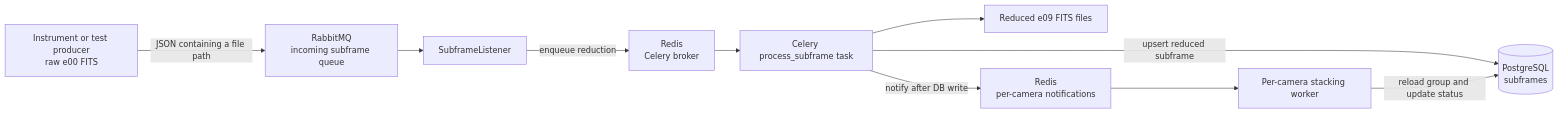
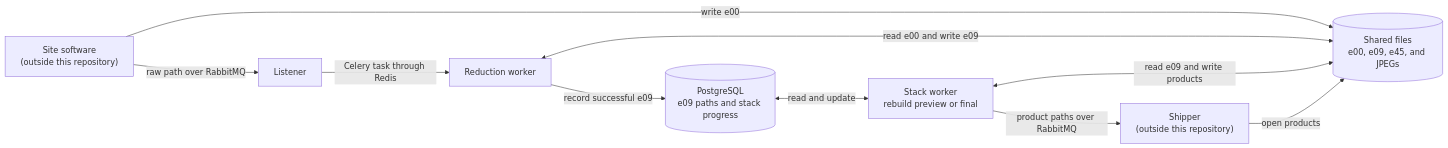
The diagram in docs/smartstacking_architecture.md (LCOGT/banzai), drawn with Mermaid before and after one commit. The commit also changed other lines of this file, not shown here.

Commit message:
Replace Smartstack architecture design

````diff
--- a/docs/smartstacking_architecture.md
+++ b/docs/smartstacking_architecture.md
@@ -37,22 +15,21 @@
 ```mermaid
 flowchart LR
-    producer["Instrument or test producer<br/>raw e00 FITS"]
-    rabbit["RabbitMQ<br/>incoming subframe queue"]
-    listener["SubframeListener"]
-    celery_broker["Redis<br/>Celery broker"]
-    reduction["Celery process_subframe task"]
-    files["Reduced e09 FITS files"]
-    db[("PostgreSQL<br/>subframes")]
-    notify["Redis<br/>per-camera notifications"]
-    stack_worker["Per-camera stacking worker"]
+    Site["Site software<br/>(outside this repository)"]
+    Listener["Listener"]
+    Reducer["Reduction worker"]
+    DB[("PostgreSQL<br/>e09 paths and stack progress")]
+    Stacker["Stack worker<br/>rebuild preview or final"]
+    Shipper["Shipper<br/>(outside this repository)"]
+    Files[("Shared files<br/>e00, e09, e45, and JPEGs")]
 
-    producer -->|"JSON containing a file path"| rabbit
-    rabbit --> listener
-    listener -->|"enqueue reduction"| celery_broker
-    celery_broker --> reduction
-    reduction --> files
-    reduction -->|"upsert reduced subframe"| db
-    reduction -->|"notify after DB write"| notify
-    notify --> stack_worker
-    stack_worker -->|"reload group and update status"| db
+    Site -->|"raw path over RabbitMQ"| Listener
+    Listener -->|"Celery task through Redis"| Reducer
+    Reducer -->|"record successful e09"| DB
+    DB <-->|"read and update"| Stacker
+    Stacker -->|"product paths over RabbitMQ"| Shipper
+
+    Site -->|"write e00"| Files
+    Reducer <-->|"read e00 and write e09"| Files
+    Stacker <-->|"read e09 and write products"| Files
+    Shipper -->|"open products"| Files
 ```
````
